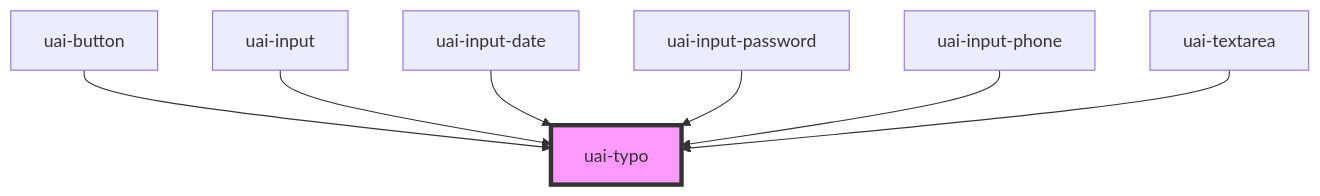
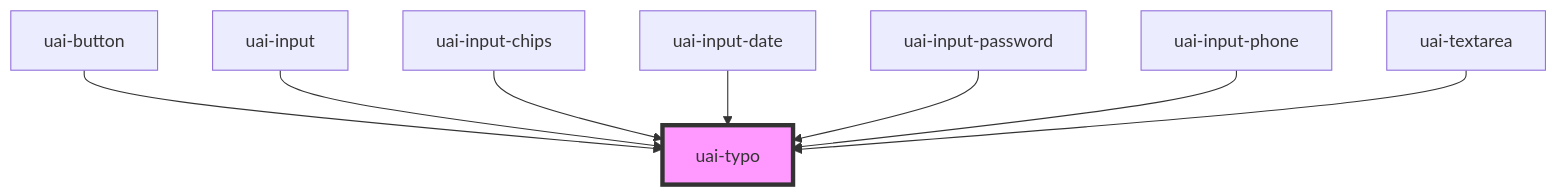
Before and after one commit to takenet/blip-ds: the diagram in src/components/uai-typo/readme.md, drawn with Mermaid. The commit also changed other lines of this file and 16 other files, not shown here.

First line of the commit message:
feat(uai-input-chips): add the UAI chips input

````diff
--- a/src/components/uai-typo/readme.md
+++ b/src/components/uai-typo/readme.md
@@ -55,10 +56,11 @@
 ```mermaid
 graph TD;
   uai-button --> uai-typo
   uai-input --> uai-typo
+  uai-input-chips --> uai-typo
   uai-input-date --> uai-typo
   uai-input-password --> uai-typo
   uai-input-phone --> uai-typo
   uai-textarea --> uai-typo
   style uai-typo fill:#f9f,stroke:#333,stroke-width:4px
 ```
````
